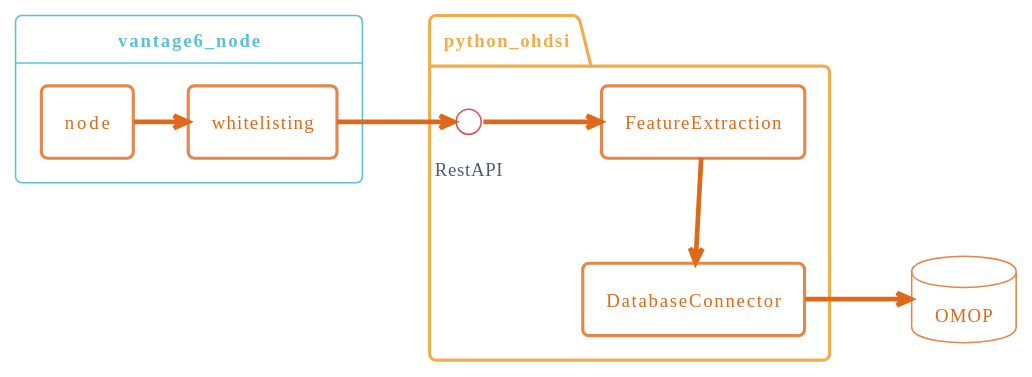
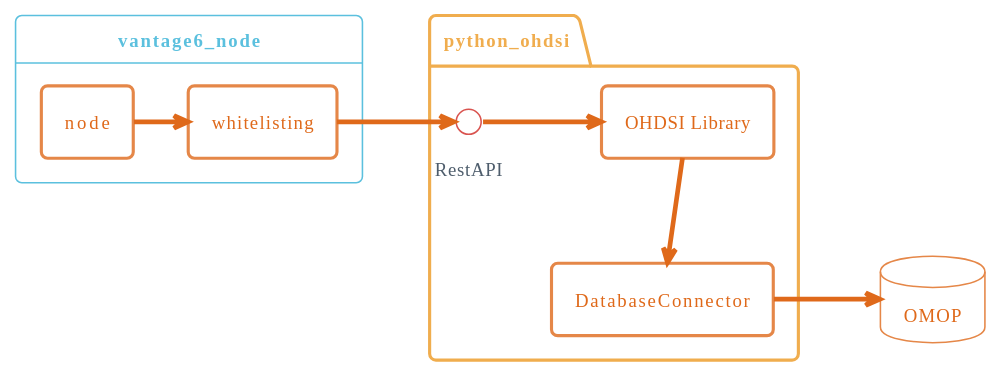
Before and after one commit to vantage6/python-ohdsi: the second of 2 diagrams in docs/index.rst, drawn with PlantUML. The commit also changed other lines of this file and 9 other files, not shown here.

```diff
--- a/docs/index.rst
+++ b/docs/index.rst
@@ -89,26 +89,26 @@
 .. uml::
 
     @startuml
     !theme superhero-outline
 
     database OMOP as OMOP
 
     folder python_ohdsi as API {
         interface RestAPI
         rectangle DatabaseConnector
-        rectangle FeatureExtraction
+        rectangle OHDSILibrary AS "OHDSI Library"
     }
 
     card vantage6_node as v6 {
 
         rectangle node
         rectangle whitelisting
 
     }
 
     node -> whitelisting
     whitelisting -> RestAPI : HTTP
-    RestAPI -> FeatureExtraction : HTTP
-    FeatureExtraction --> DatabaseConnector
+    RestAPI -> OHDSILibrary : HTTP
+    OHDSILibrary --> DatabaseConnector
     OMOP <- DatabaseConnector  : SQL
     @enduml
```
